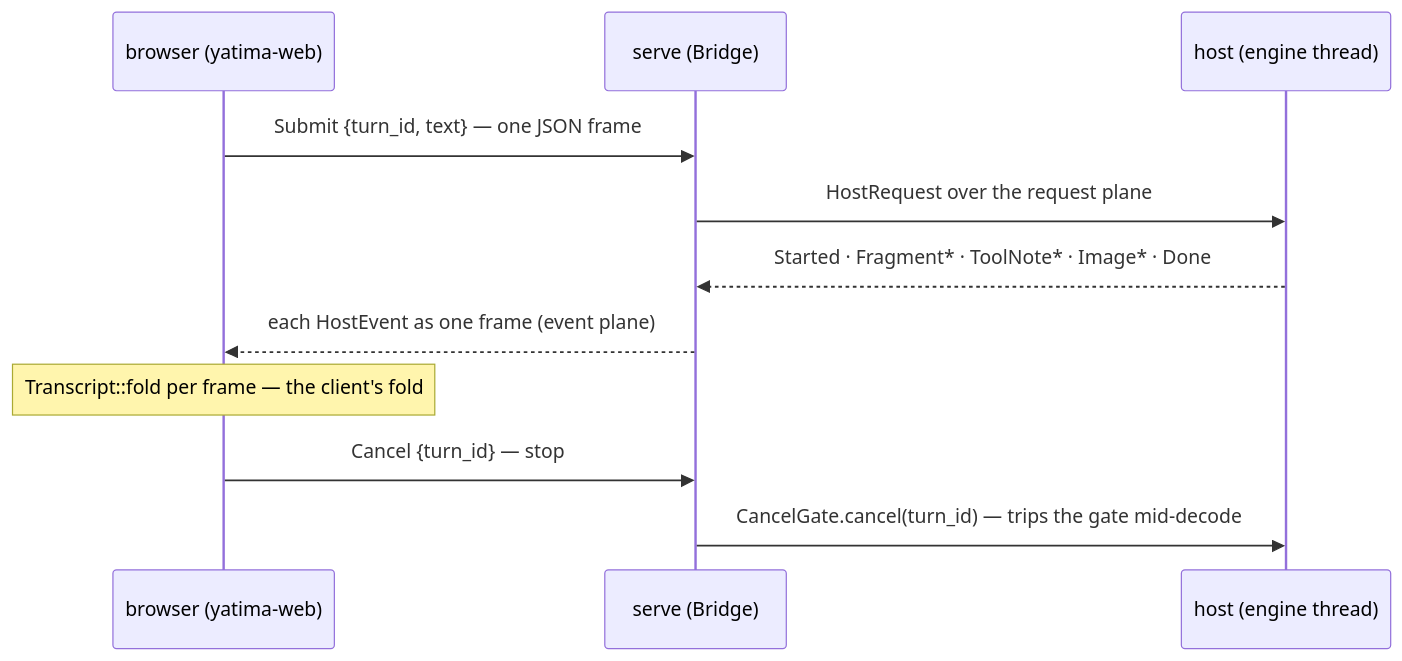
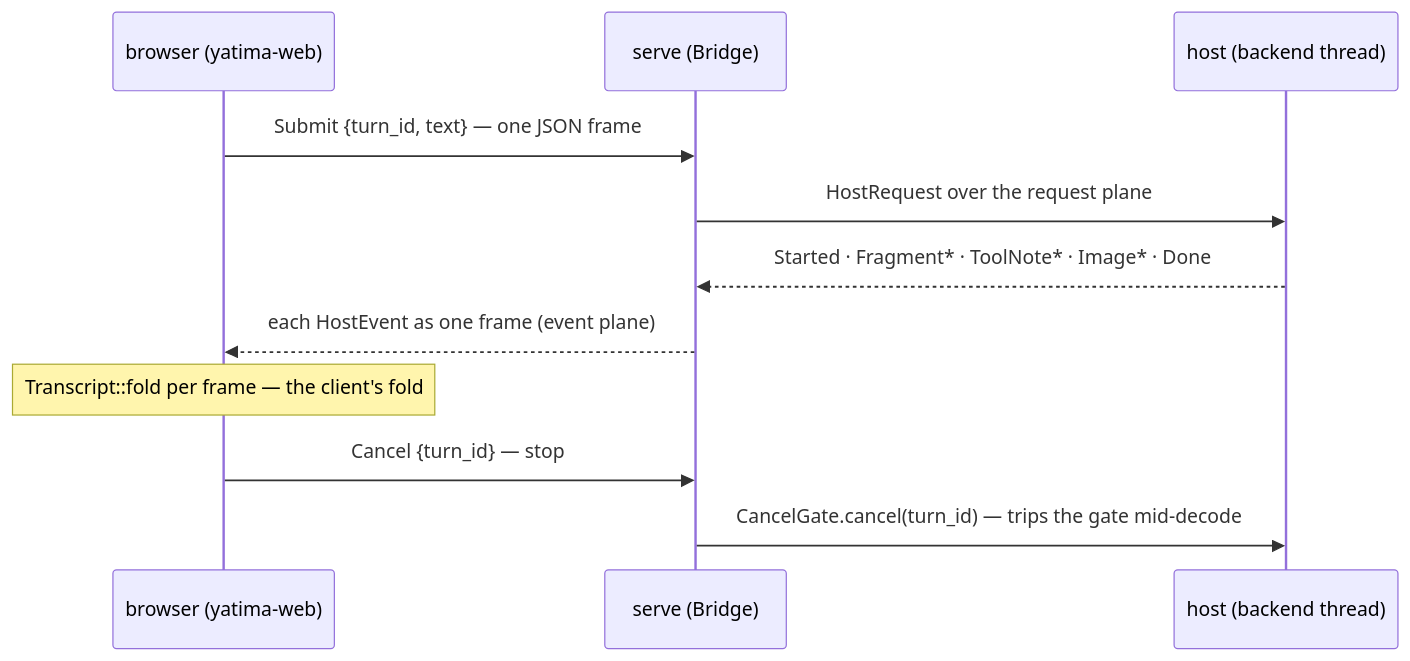
The diagram in articles/browser-viewer.md (shayne-fletcher/yatima), drawn with Mermaid before and after one commit. The commit also changed other lines of this file and 9 other files, not shown here.

````diff
--- a/articles/browser-viewer.md
+++ b/articles/browser-viewer.md
@@ -100,13 +81,13 @@
 ```mermaid
 sequenceDiagram
     participant B as browser (yatima-web)
     participant S as serve (Bridge)
-    participant H as host (engine thread)
+    participant H as host (backend thread)
     B->>S: Submit {turn_id, text} — one JSON frame
     S->>H: HostRequest over the request plane
     H-->>S: Started · Fragment* · ToolNote* · Image* · Done
     S-->>B: each HostEvent as one frame (event plane)
     Note over B: Transcript::fold per frame — the client's fold
     B->>S: Cancel {turn_id} — stop
     S->>H: CancelGate.cancel(turn_id) — trips the gate mid-decode
 ```
````
